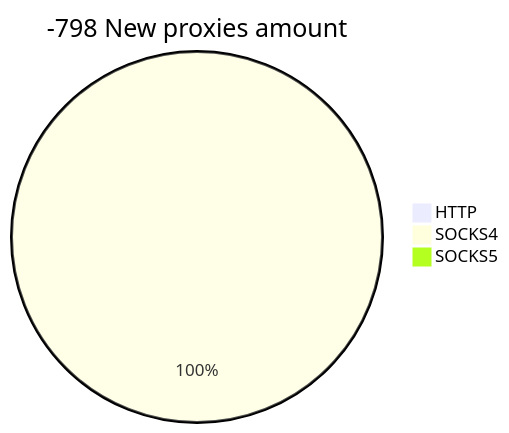
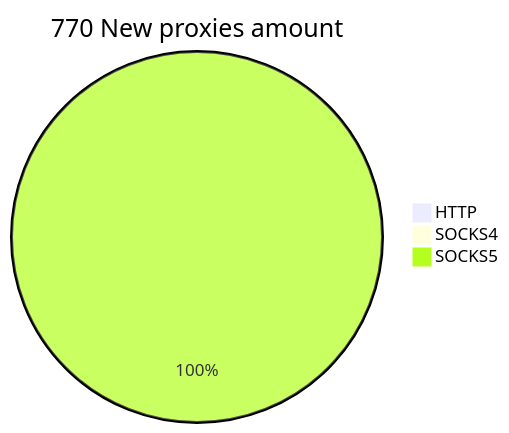
The second of 2 diagrams in README.md (cutipu/proxylist), drawn with Mermaid before and after one commit. The commit also changed other lines of this file, not shown here.

````diff
--- a/README.md
+++ b/README.md
@@ -10,6 +10,6 @@
 ```mermaid
-pie title -798 New proxies amount
+pie title 770 New proxies amount
     "HTTP" : 0
-    "SOCKS4" : 2
-    "SOCKS5" : 0
+    "SOCKS4" : 0
+    "SOCKS5" : 800
 ```
````
